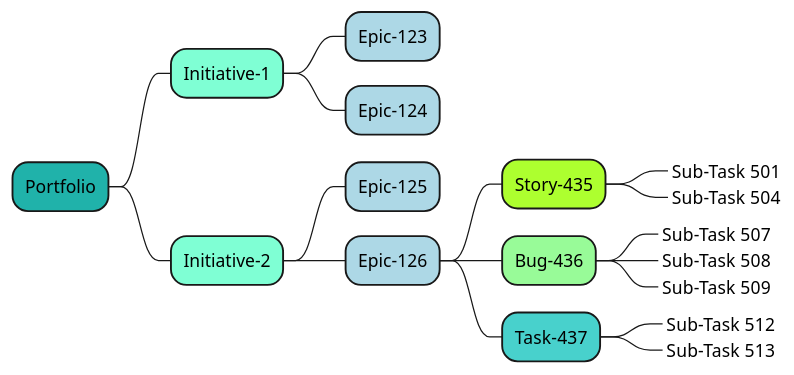
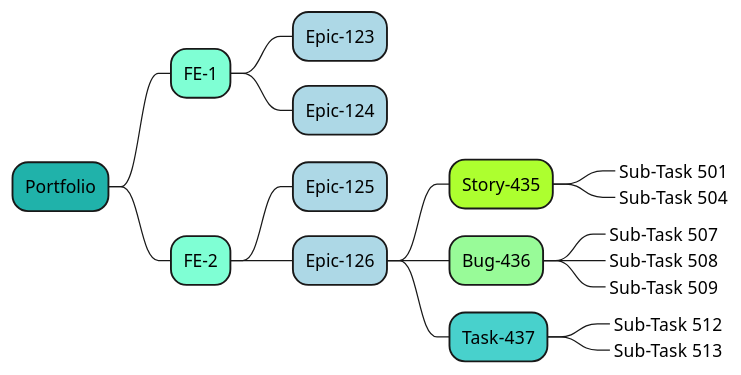
Before and after one commit to sourander/kamk-cookiecutters: the second of 2 diagrams in project/{{cookiecutter.containing_folder}}/docs/docs/guides/spec.md, drawn with PlantUML. The commit also changed other lines of this file and 3 other files, not shown here.

````diff
--- a/project/{{cookiecutter.containing_folder}}/docs/docs/guides/spec.md
+++ b/project/{{cookiecutter.containing_folder}}/docs/docs/guides/spec.md
@@ -114,21 +118,21 @@
 ```puml
 @startmindmap
 *[#LightSeaGreen] Portfolio
-**[#AquaMarine] Initiative-1
+**[#AquaMarine] FE-1
 ***[#LightBlue] Epic-123
 ***[#LightBlue] Epic-124
-**[#AquaMarine] Initiative-2
+**[#AquaMarine] FE-2
 ***[#LightBlue] Epic-125
 ***[#LightBlue] Epic-126
 ****[#GreenYellow] Story-435
 *****_ Sub-Task 501
 *****_ Sub-Task 504
 ****[#PaleGreen] Bug-436
 *****_ Sub-Task 507
 *****_ Sub-Task 508
 *****_ Sub-Task 509
 ****[#MediumTurquoise] Task-437
 *****_ Sub-Task 512
 *****_ Sub-Task 513
 @endmindmap
 ```
````
